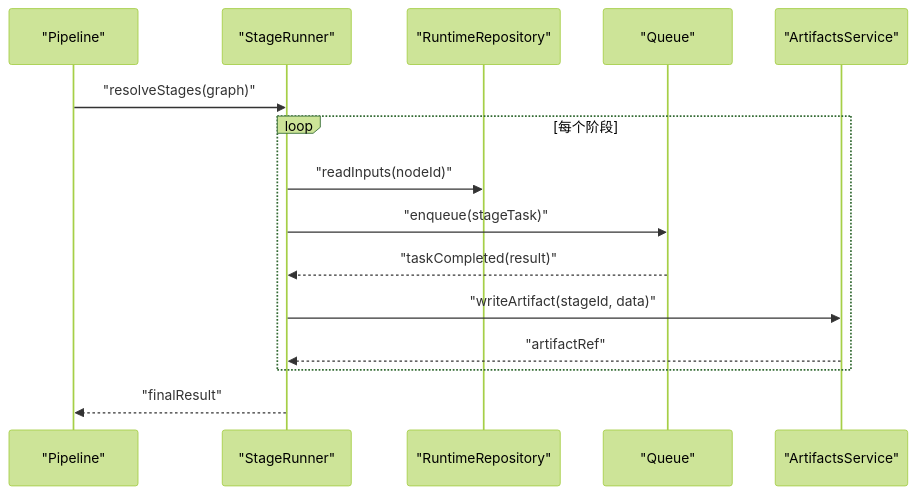
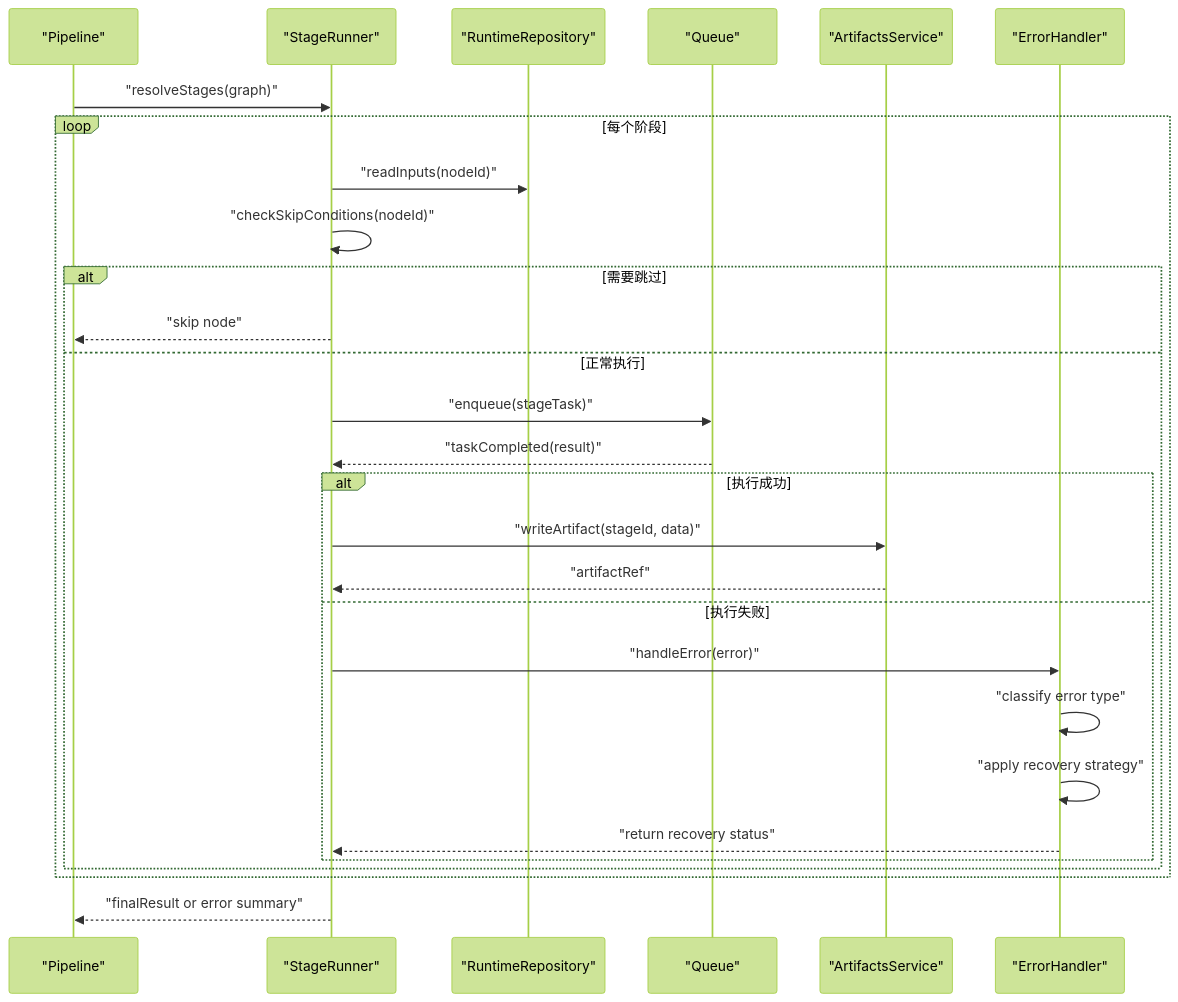
The eighth of 15 diagrams in .qoder/repowiki/zh/content/画布编辑器/画布编辑器.md (scottcwy/PurpleInk), drawn with Mermaid (forest theme) before and after one commit. The commit also changed other lines of this file and 109 other files, not shown here.

````diff
--- a/.qoder/repowiki/zh/content/画布编辑器/画布编辑器.md
+++ b/.qoder/repowiki/zh/content/画布编辑器/画布编辑器.md
@@ -356,17 +465,30 @@
 ```mermaid
 sequenceDiagram
 participant Pipeline as "Pipeline"
 participant Runner as "StageRunner"
 participant Repo as "RuntimeRepository"
 participant Queue as "Queue"
 participant Artifacts as "ArtifactsService"
+participant ErrorHandler as "ErrorHandler"
 Pipeline->>Runner : "resolveStages(graph)"
 loop 每个阶段
 Runner->>Repo : "readInputs(nodeId)"
+Runner->>Runner : "checkSkipConditions(nodeId)"
+alt 需要跳过
+Runner-->>Pipeline : "skip node"
+else 正常执行
 Runner->>Queue : "enqueue(stageTask)"
 Queue-->>Runner : "taskCompleted(result)"
+alt 执行成功
 Runner->>Artifacts : "writeArtifact(stageId, data)"
 Artifacts-->>Runner : "artifactRef"
+else 执行失败
+Runner->>ErrorHandler : "handleError(error)"
+ErrorHandler->>ErrorHandler : "classify error type"
+ErrorHandler->>ErrorHandler : "apply recovery strategy"
+ErrorHandler-->>Runner : "return recovery status"
 end
-Runner-->>Pipeline : "finalResult"
+end
+end
+Runner-->>Pipeline : "finalResult or error summary"
 ```
````
